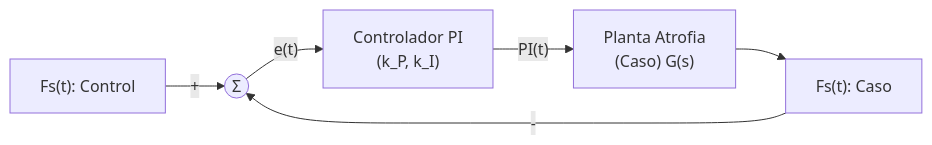
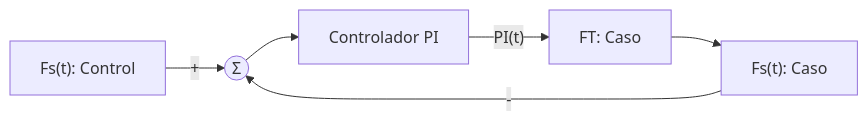
One commit to EmiCrack132/MSFP3 changed the first of 2 diagrams in README.md. Above: the diagram before and after it, drawn with Mermaid.

````diff
--- a/README.md
+++ b/README.md
@@ -230,8 +230,8 @@
 ```mermaid
 flowchart LR
     R["Fs(t): Control"] -->|"+"| SUM(("Σ"))
-    SUM -->|"e(t)"| PI["Controlador PI<br/>(k_P, k_I)"]
-    PI -->|"PI(t)"| CASE["Planta Atrofia<br/>(Caso) G(s)"]
+    SUM --> PI["Controlador PI"]
+    PI -->|"PI(t)"| CASE["FT: Caso"]
     CASE --> OUTPUT["Fs(t): Caso"]
     OUTPUT -->|"- "| SUM
 ```
````
